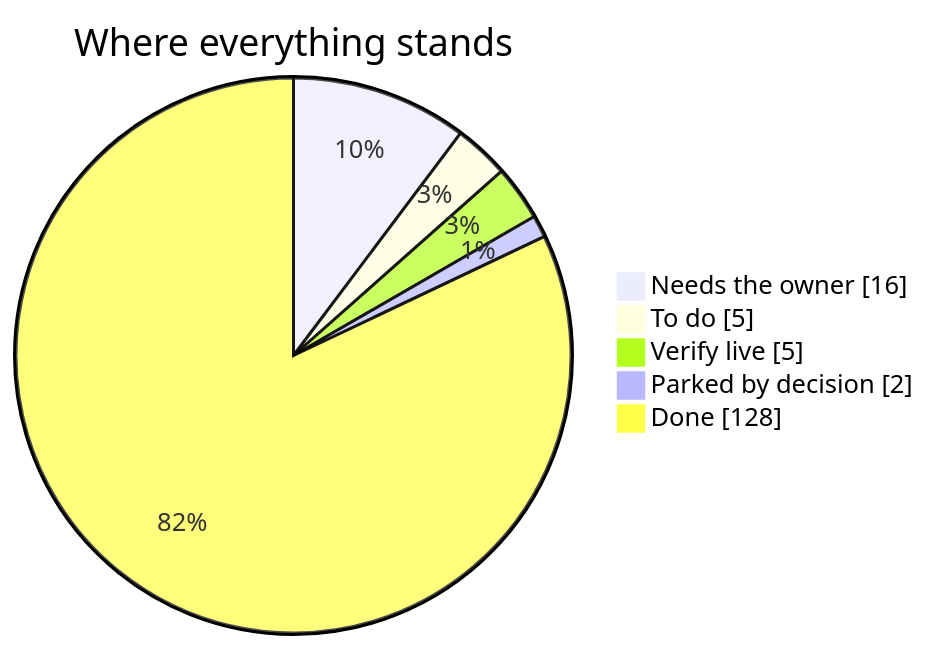
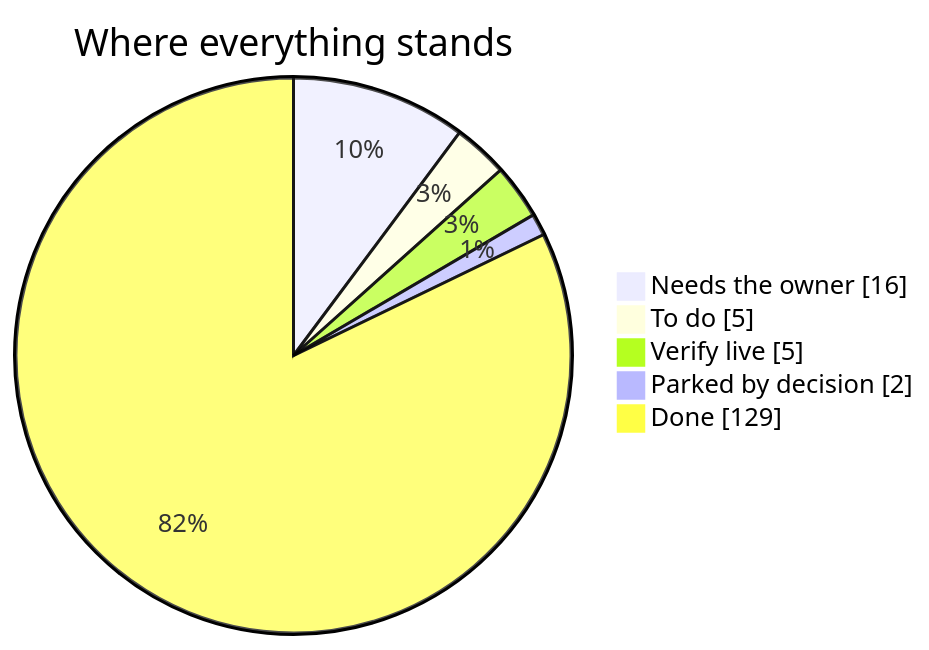
Before and after one commit to divitkej/gradlink: the diagram in launch-board/README.md, drawn with Mermaid. The commit also changed other lines of this file and 4 other files, not shown here.

````diff
--- a/launch-board/README.md
+++ b/launch-board/README.md
@@ -11,9 +11,9 @@
 ```mermaid
 pie showData
   title Where everything stands
   "Needs the owner" : 16
   "To do" : 5
   "Verify live" : 5
   "Parked by decision" : 2
-  "Done" : 128
+  "Done" : 129
 ```
````
